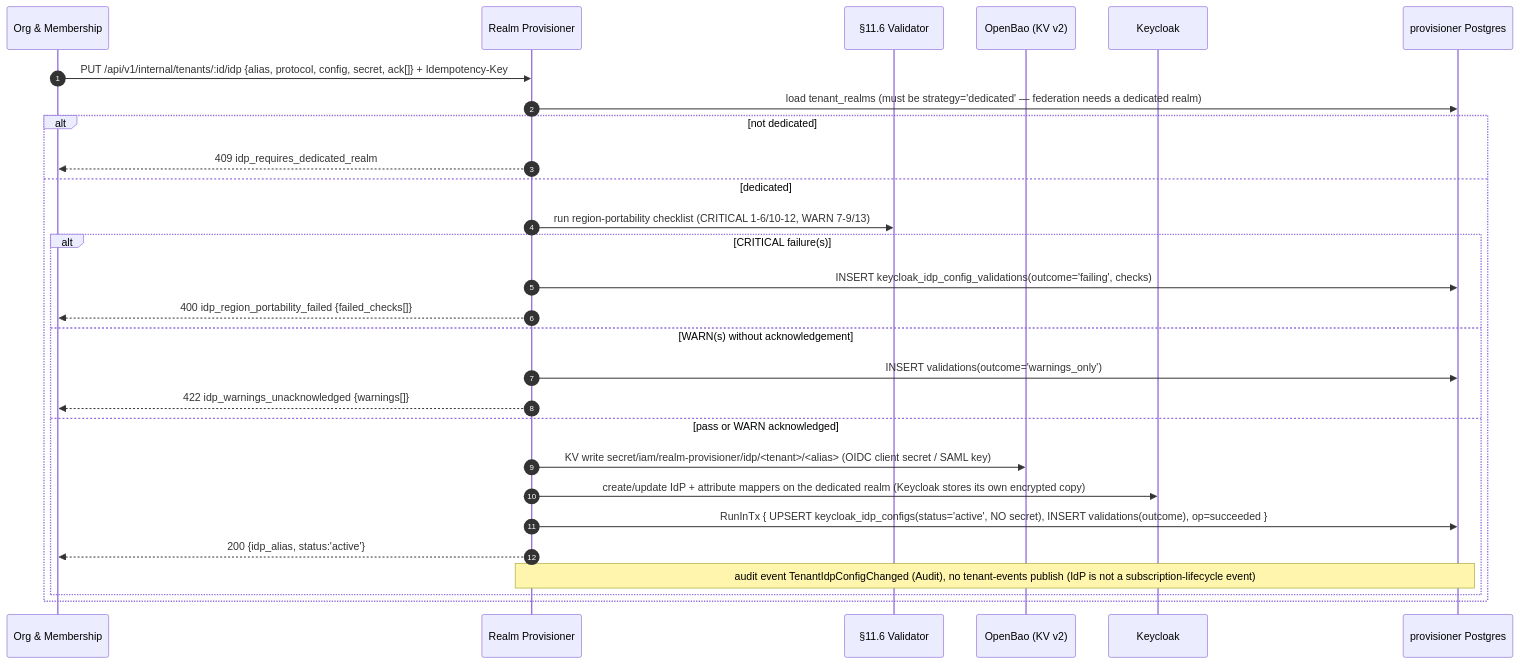
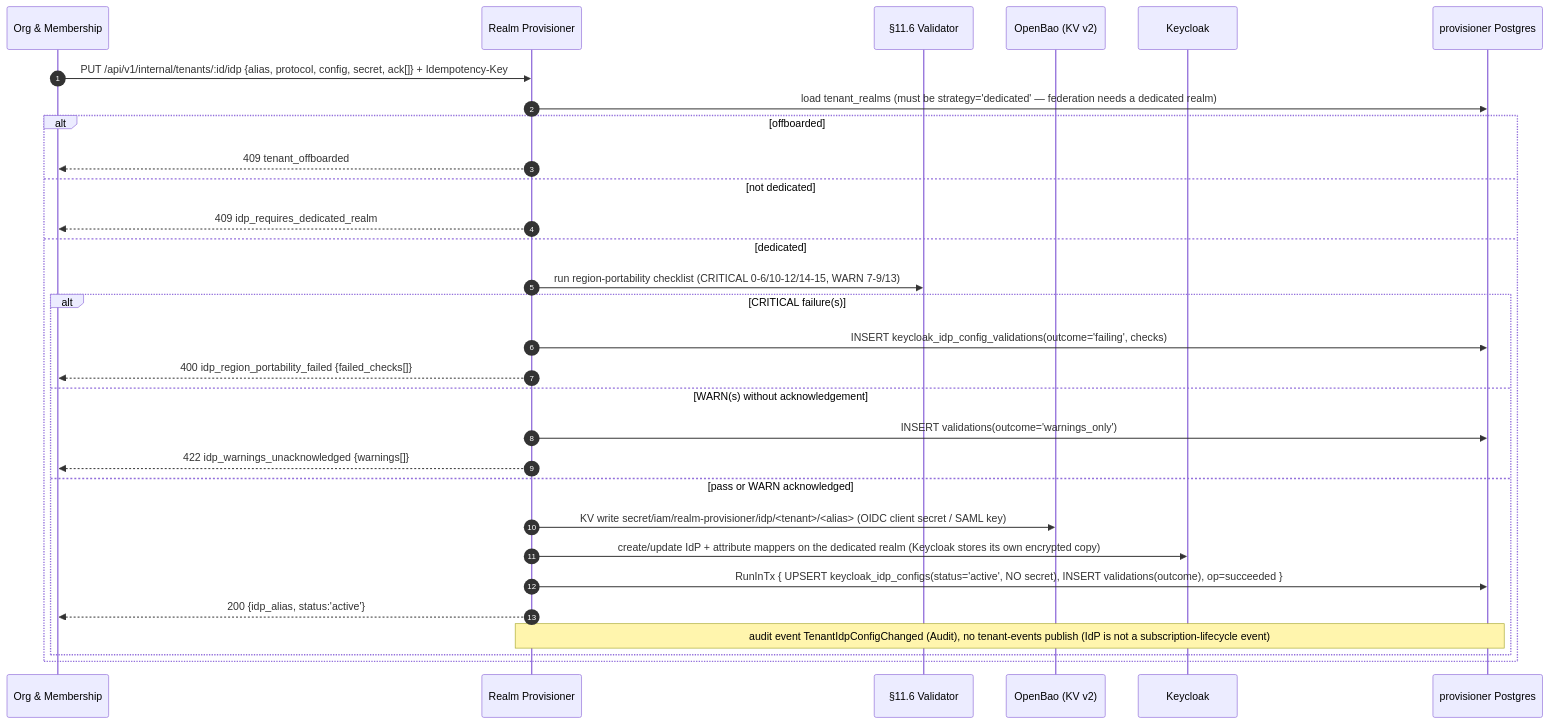
One commit to BCBP-SOLUTIONS-FZC-LLC/iam-realm-provisioner changed the sixth of 11 diagrams in docs/lld/iam-lld-realm-provisioner-service.md. Above: the diagram before and after it, drawn with Mermaid. The commit also changed other lines of this file and 9 other files, not shown here.

````diff
--- a/docs/lld/iam-lld-realm-provisioner-service.md
+++ b/docs/lld/iam-lld-realm-provisioner-service.md
@@ -1213,30 +1214,32 @@
 ```mermaid
 sequenceDiagram
     autonumber
     participant OM as Org & Membership
     participant RP as Realm Provisioner
     participant VAL as §11.6 Validator
     participant SM as OpenBao (KV v2)
     participant KC as Keycloak
     participant PG as provisioner Postgres
     OM->>RP: PUT /api/v1/internal/tenants/:id/idp {alias, protocol, config, secret, ack[]} + Idempotency-Key
     RP->>PG: load tenant_realms (must be strategy='dedicated' — federation needs a dedicated realm)
-    alt not dedicated
+    alt offboarded
+        RP-->>OM: 409 tenant_offboarded
+    else not dedicated
         RP-->>OM: 409 idp_requires_dedicated_realm
     else dedicated
-        RP->>VAL: run region-portability checklist (CRITICAL 1-6/10-12, WARN 7-9/13)
+        RP->>VAL: run region-portability checklist (CRITICAL 0-6/10-12/14-15, WARN 7-9/13)
         alt CRITICAL failure(s)
             RP->>PG: INSERT keycloak_idp_config_validations(outcome='failing', checks)
             RP-->>OM: 400 idp_region_portability_failed {failed_checks[]}
         else WARN(s) without acknowledgement
             RP->>PG: INSERT validations(outcome='warnings_only')
             RP-->>OM: 422 idp_warnings_unacknowledged {warnings[]}
         else pass or WARN acknowledged
             RP->>SM: KV write secret/iam/realm-provisioner/idp/<tenant>/<alias> (OIDC client secret / SAML key)
             RP->>KC: create/update IdP + attribute mappers on the dedicated realm (Keycloak stores its own encrypted copy)
             RP->>PG: RunInTx { UPSERT keycloak_idp_configs(status='active', NO secret), INSERT validations(outcome), op=succeeded }
             RP-->>OM: 200 {idp_alias, status:'active'}
             Note over RP,PG: audit event TenantIdpConfigChanged (Audit), no tenant-events publish (IdP is not a subscription-lifecycle event)
         end
     end
 ```
````
